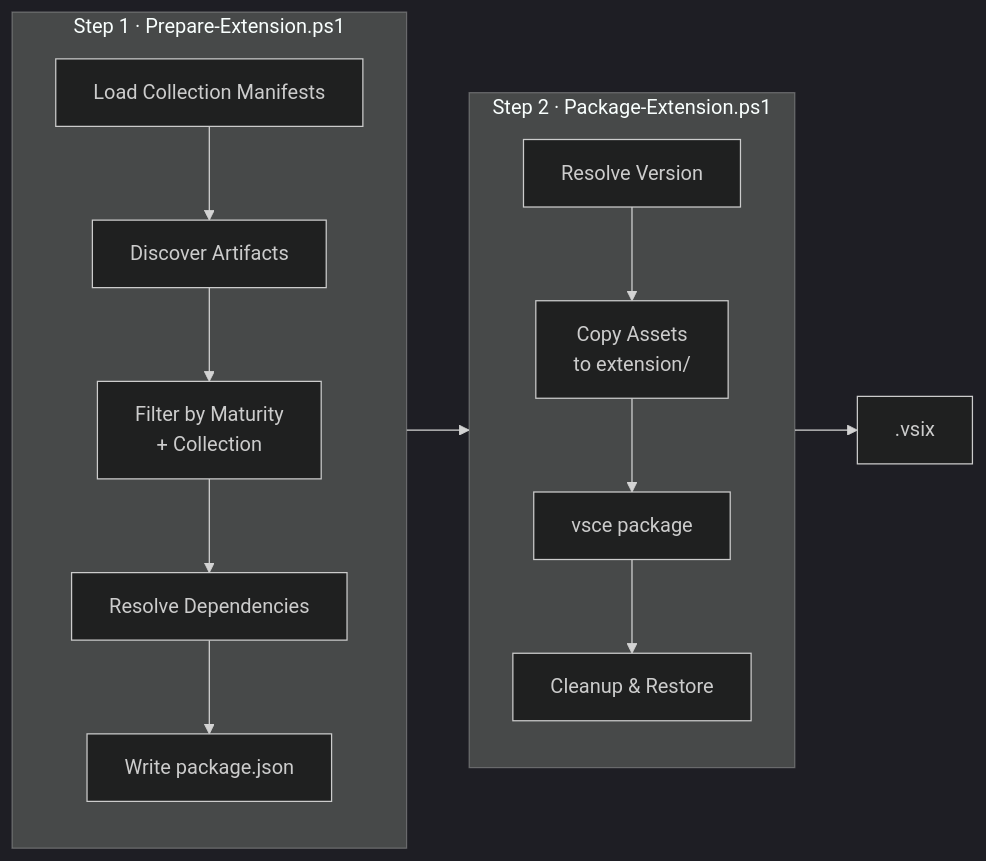
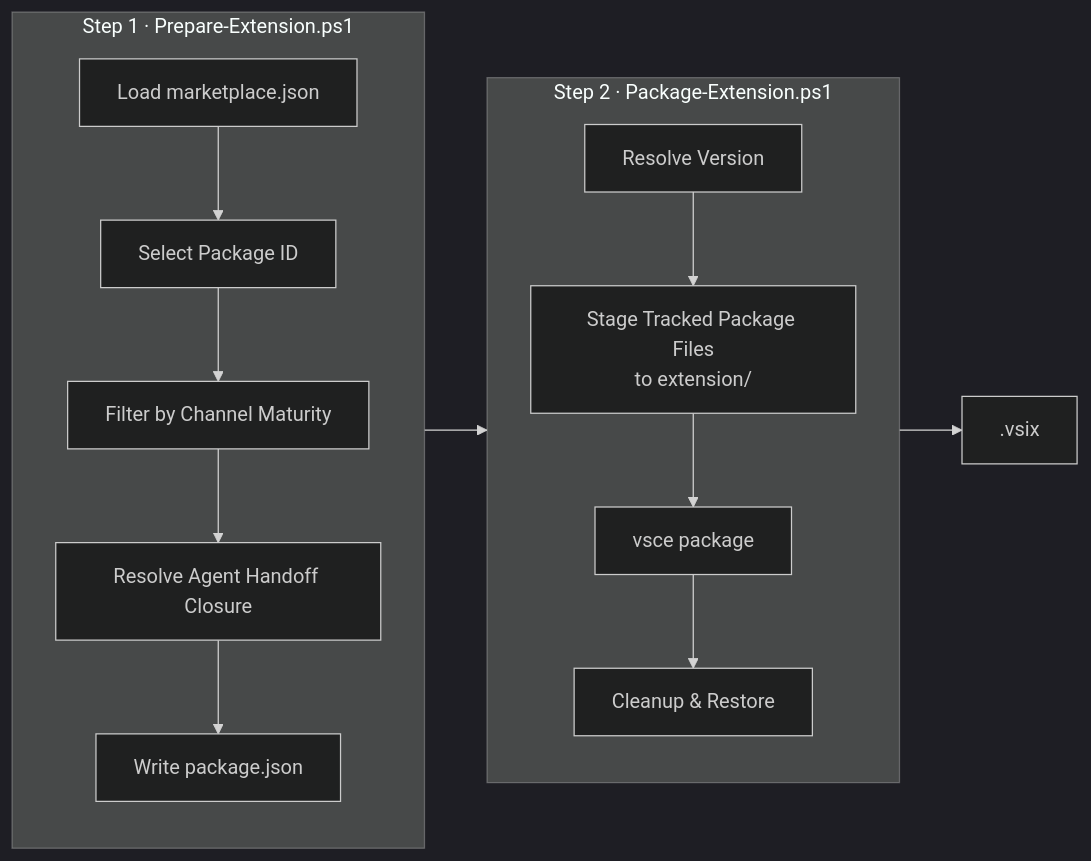
Before and after one commit to MohammedAlkindi/hve-core: the first of 3 diagrams in extension/PACKAGING.md, drawn with Mermaid (dark theme). The commit also changed other lines of this file and 216 other files, not shown here.

````diff
--- a/extension/PACKAGING.md
+++ b/extension/PACKAGING.md
@@ -68,17 +73,17 @@
 ```mermaid
 flowchart LR
     subgraph Prepare["Step 1 · Prepare-Extension.ps1"]
-        P1[Load Collection Manifests] --> P2[Discover Artifacts]
-        P2 --> P3["Filter by Maturity<br/>+ Collection"]
-        P3 --> P4[Resolve Dependencies]
+        P1[Load marketplace.json] --> P2[Select Package ID]
+        P2 --> P3[Filter by Channel Maturity]
+        P3 --> P4[Resolve Agent Handoff Closure]
         P4 --> P5[Write package.json]
     end
 
     subgraph Package["Step 2 · Package-Extension.ps1"]
-        K1[Resolve Version] --> K2["Copy Assets<br/>to extension/"]
+        K1[Resolve Version] --> K2["Stage Tracked Package Files<br/>to extension/"]
         K2 --> K3[vsce package]
         K3 --> K4[Cleanup & Restore]
     end
 
     Prepare --> Package --> VSIX[".vsix"]
 ```
````
